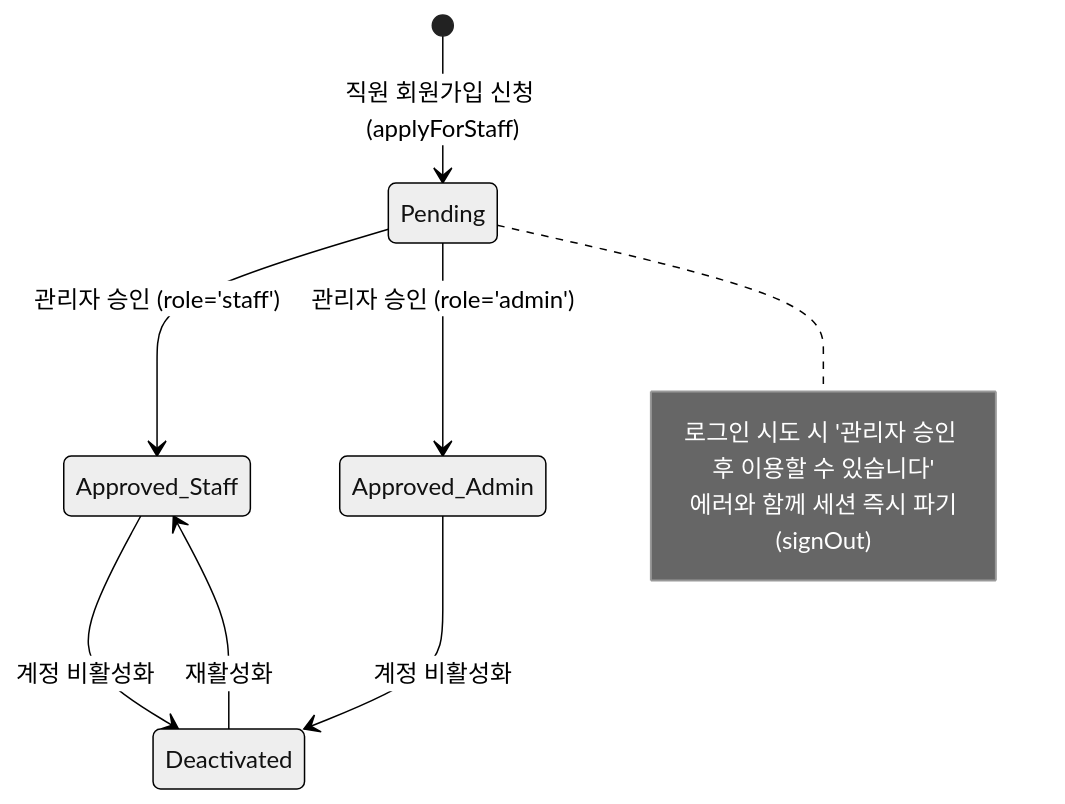
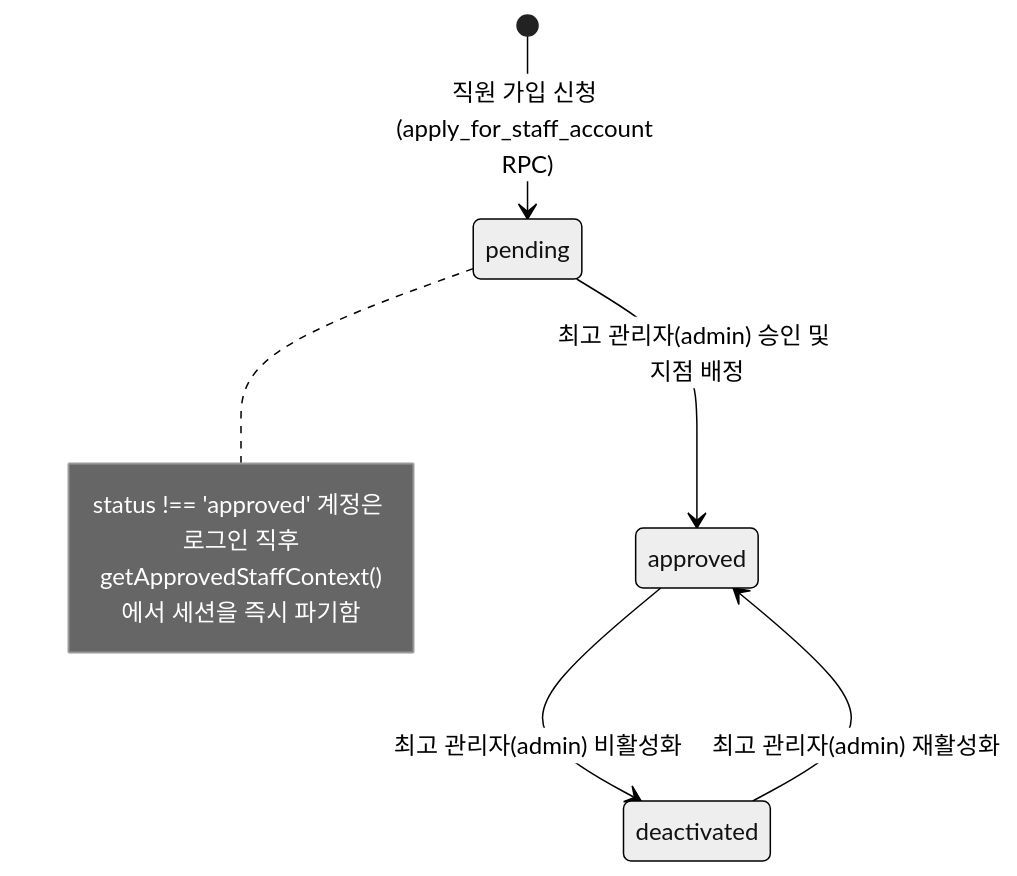
One commit to SHINJAEHEE-DEV/CartoonPlus changed the second of 2 diagrams in docs/ARCHITECTURE.md. Above: the diagram before and after it, drawn with Mermaid (neutral theme). The commit also changed other lines of this file and 3 other files, not shown here.

Commit message:
docs(arch): 실제 기술 스택, 디렉터리 구조 및 라우트 맵 기준 ARCHITECTURE·CODEBASE_STRUCTURE 갱신

````diff
--- a/docs/ARCHITECTURE.md
+++ b/docs/ARCHITECTURE.md
@@ -98,14 +108,12 @@
 ```mermaid
 stateDiagram-v2
-    [*] --> Pending : 직원 회원가입 신청 (applyForStaff)
-    Pending --> Approved_Staff : 관리자 승인 (role='staff')
-    Pending --> Approved_Admin : 관리자 승인 (role='admin')
-    Approved_Staff --> Deactivated : 계정 비활성화
-    Approved_Admin --> Deactivated : 계정 비활성화
-    Deactivated --> Approved_Staff : 재활성화
+    [*] --> pending : 직원 가입 신청 (apply_for_staff_account RPC)
+    pending --> approved : 최고 관리자(admin) 승인 및 지점 배정
+    approved --> deactivated : 최고 관리자(admin) 비활성화
+    deactivated --> approved : 최고 관리자(admin) 재활성화
 
-    note right of Pending
-      로그인 시도 시 '관리자 승인 후 이용할 수 있습니다'
-      에러와 함께 세션 즉시 파기(signOut)
+    note right of pending
+      status !== 'approved' 계정은 로그인 직후
+      getApprovedStaffContext()에서 세션을 즉시 파기함
     end note
 ```
````
